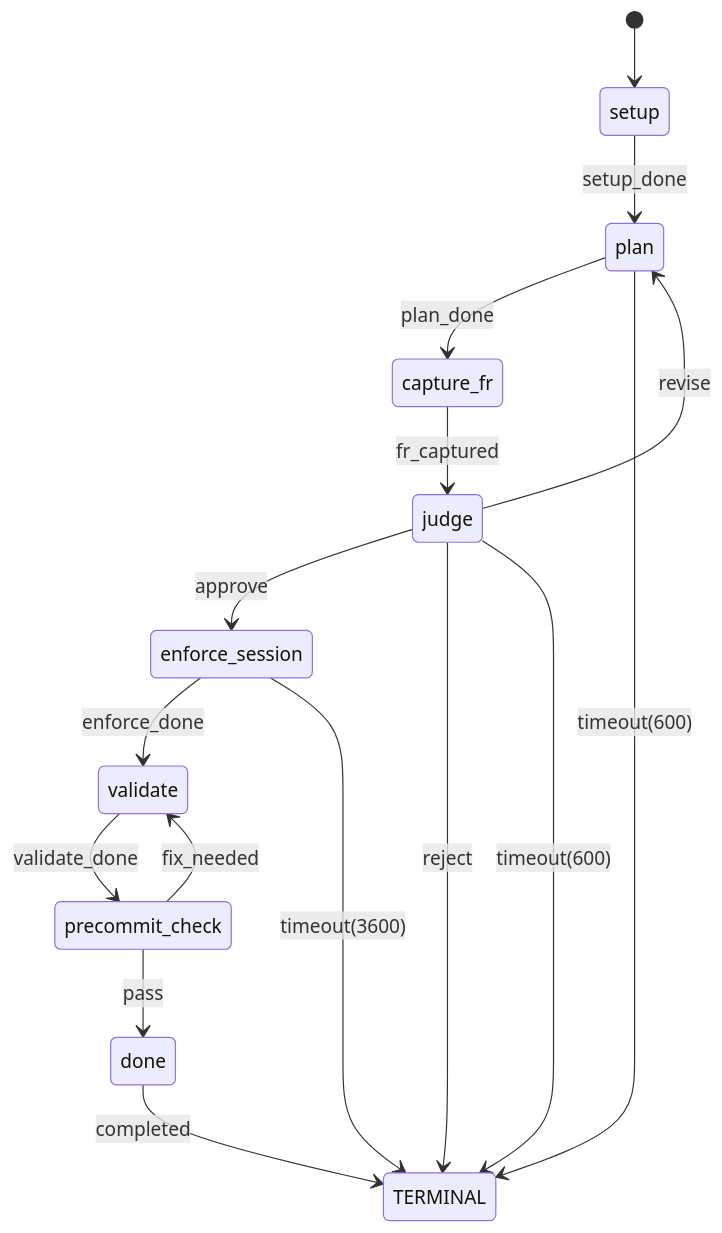
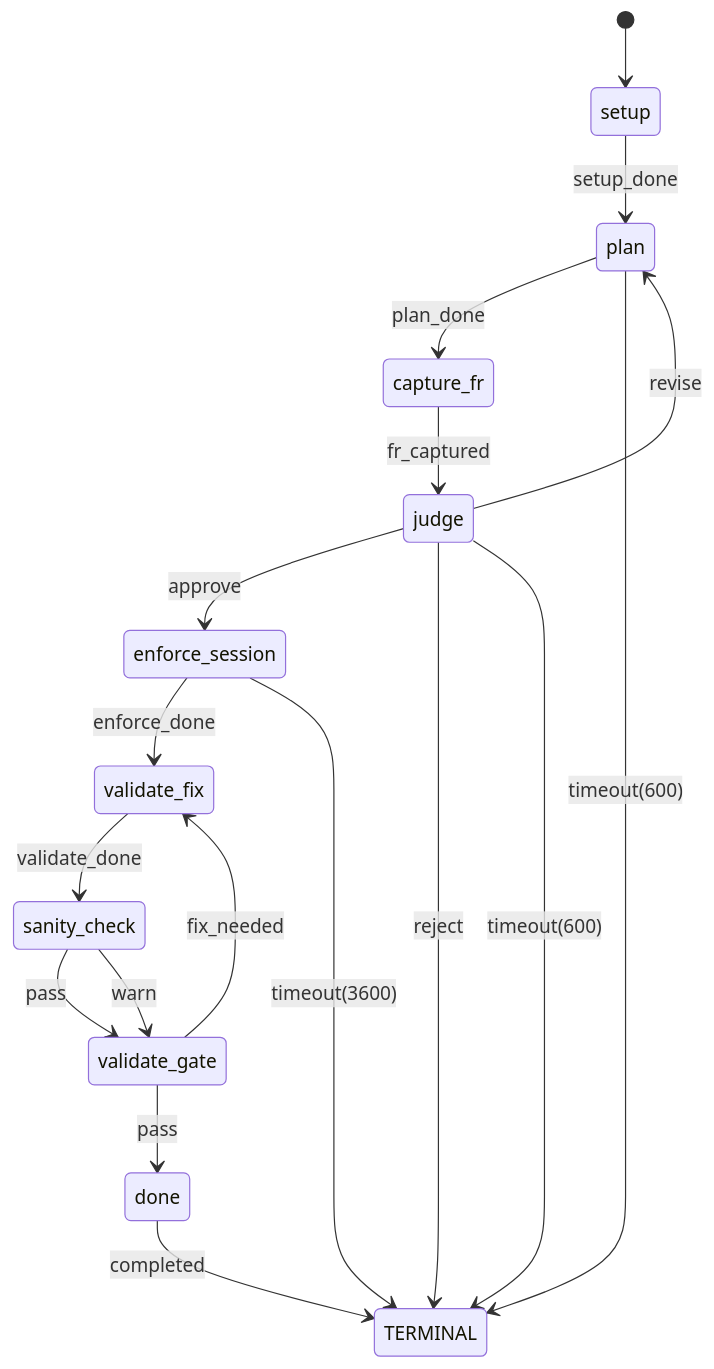
The diagram in docs/fsm-diagrams/watcher-pipeline-v2/OPERATIONAL.mermaid (sheikkinen/yamlgraph), drawn with Mermaid before and after one commit. The commit also changed 11 other files, not shown here.

```diff
--- a/docs/fsm-diagrams/watcher-pipeline-v2/OPERATIONAL.mermaid
+++ b/docs/fsm-diagrams/watcher-pipeline-v2/OPERATIONAL.mermaid
@@ -1,25 +1,27 @@
 stateDiagram-v2
     %% Detailed view of OPERATIONAL
 
     [*] --> setup
 
     %% Internal transitions
     setup --> plan : setup_done
     plan --> capture_fr : plan_done
     capture_fr --> judge : fr_captured
     judge --> enforce_session : approve
-    enforce_session --> validate : enforce_done
-    validate --> precommit_check : validate_done
-    precommit_check --> done : pass
-    precommit_check --> validate : fix_needed
+    enforce_session --> validate_fix : enforce_done
+    validate_fix --> sanity_check : validate_done
+    sanity_check --> validate_gate : pass
+    sanity_check --> validate_gate : warn
+    validate_gate --> done : pass
+    validate_gate --> validate_fix : fix_needed
     judge --> plan : revise
 
     %% External composites
     state TERMINAL
 
     %% Transitions to other composites
     done --> TERMINAL : completed
     judge --> TERMINAL : reject
     plan --> TERMINAL : timeout(600)
     judge --> TERMINAL : timeout(600)
     enforce_session --> TERMINAL : timeout(3600)
```
